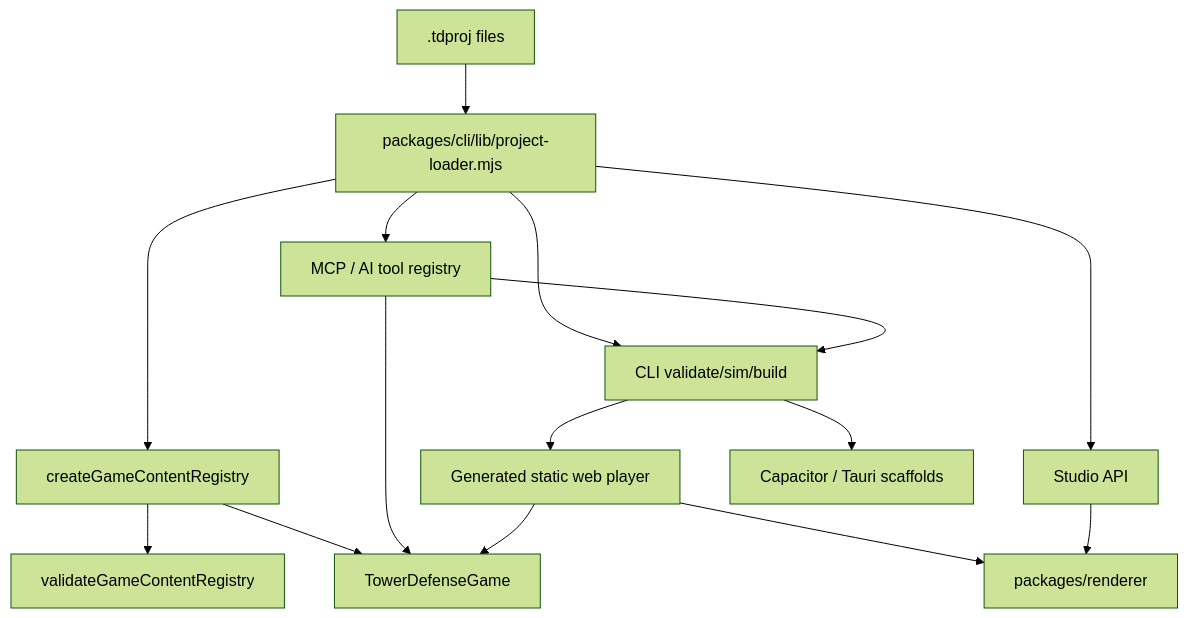
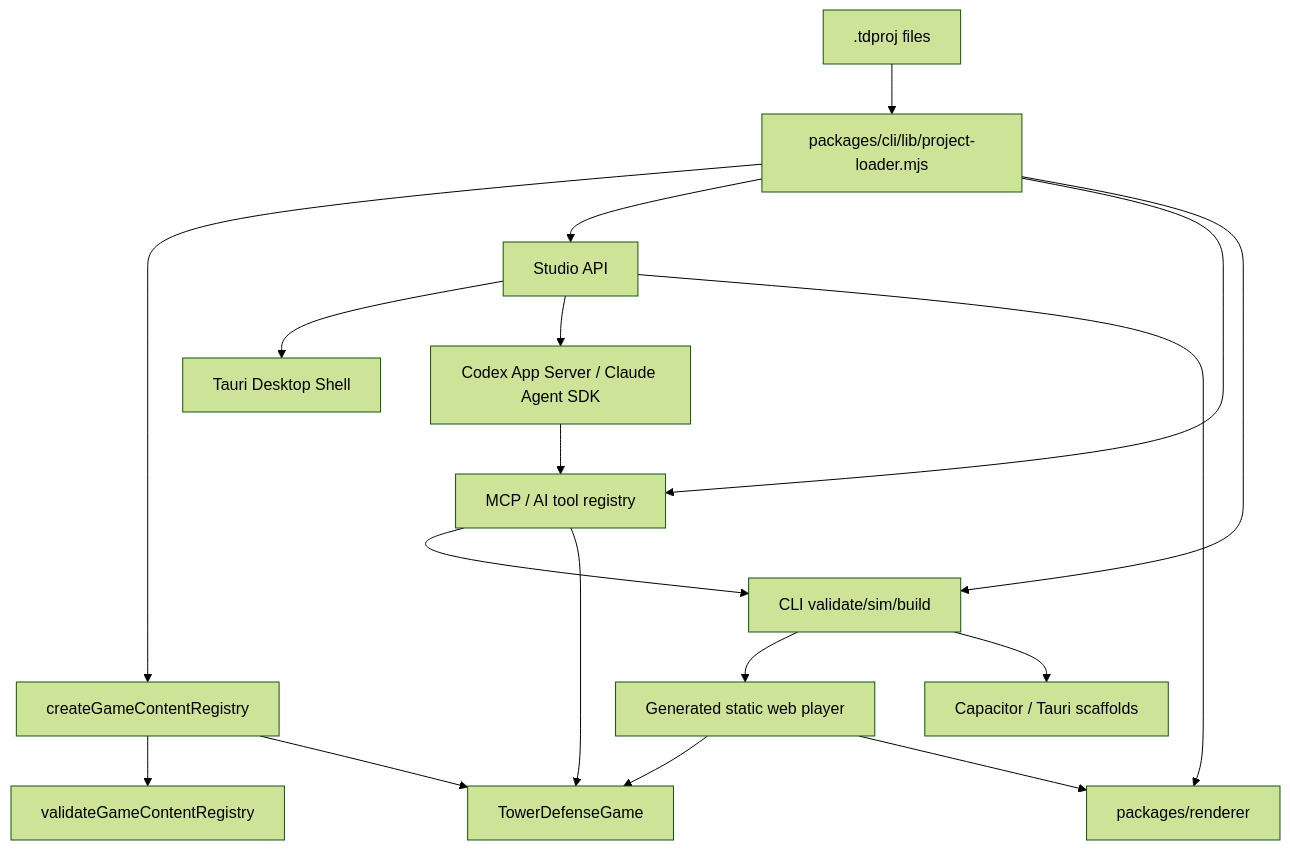
The diagram in ARCHITECTURE.md (MarsherSusanin/TowerForge), drawn with Mermaid (forest theme) before and after one commit. The commit also changed other lines of this file and 80 other files, not shown here.

Commit message:
Ship TowerForge desktop alpha and secure agent runtimes

````diff
--- a/ARCHITECTURE.md
+++ b/ARCHITECTURE.md
@@ -41,17 +42,20 @@
 ```mermaid
 flowchart TD
   Project[".tdproj files"] --> Loader["packages/cli/lib/project-loader.mjs"]
   Loader --> Registry["createGameContentRegistry"]
   Registry --> Validate["validateGameContentRegistry"]
   Registry --> Sim["TowerDefenseGame"]
   Loader --> Studio["Studio API"]
+  Studio --> Desktop["Tauri Desktop Shell"]
   Loader --> MCP["MCP / AI tool registry"]
+  Studio --> Runtime["Codex App Server / Claude Agent SDK"]
+  Runtime --> MCP
   Loader --> CLI["CLI validate/sim/build"]
   CLI --> Player["Generated static web player"]
   CLI --> Package["Capacitor / Tauri scaffolds"]
   MCP --> CLI
   MCP --> Sim
   Player --> Sim
   Player --> Renderer["packages/renderer"]
   Studio --> Renderer
 ```
````
